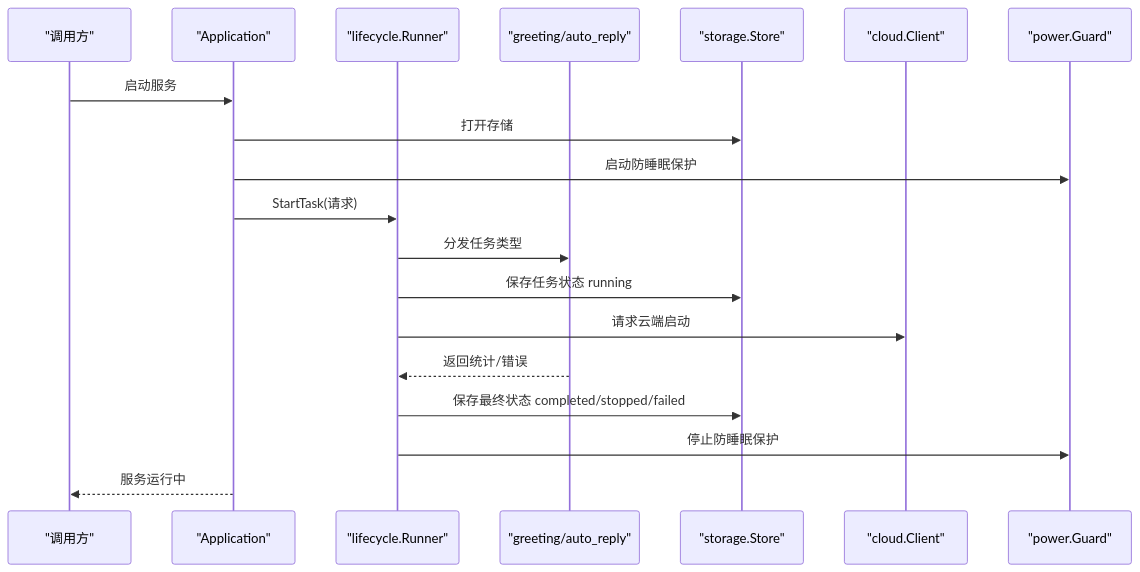
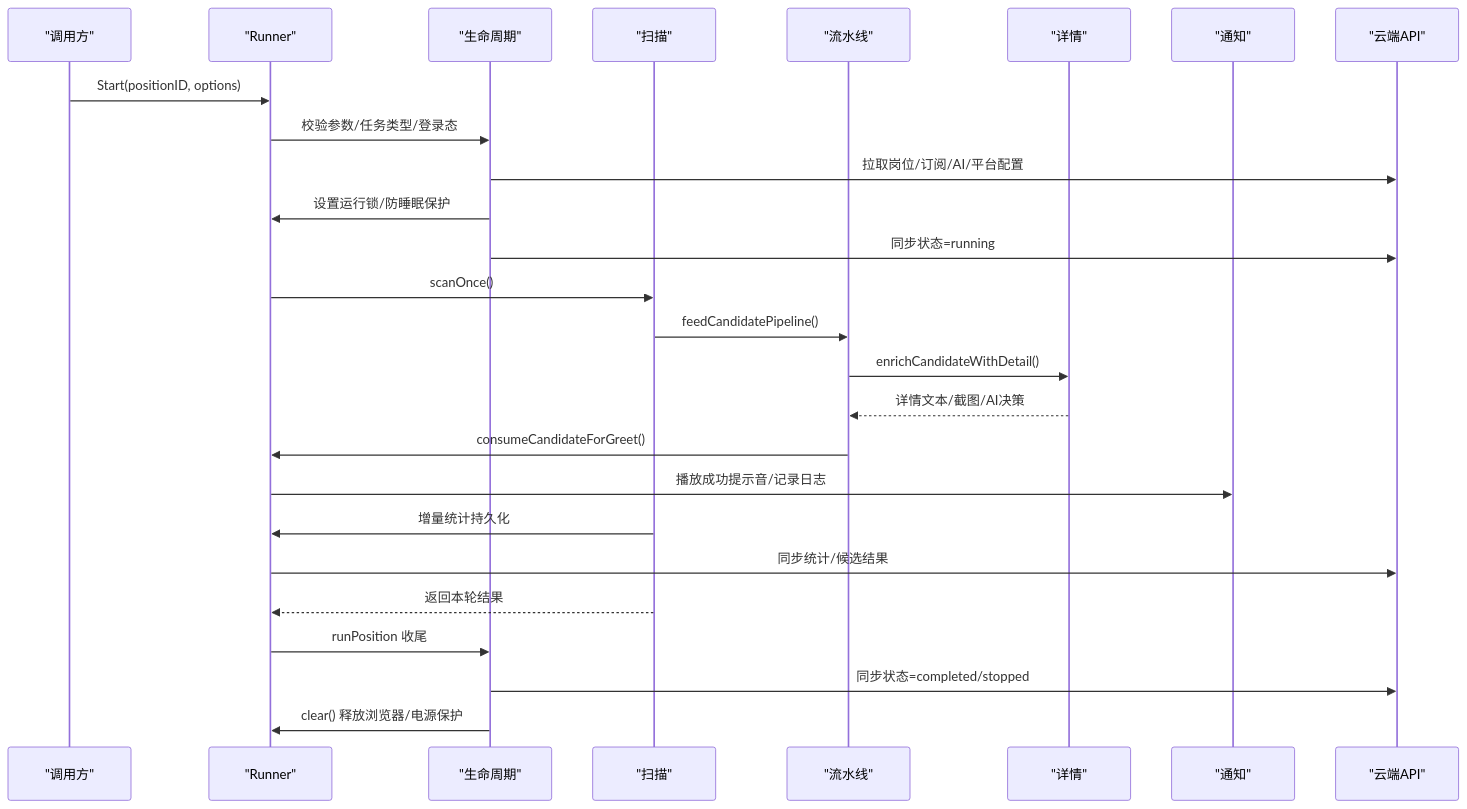
One commit to alvinwangzi/goodhr changed the second of 9 diagrams in .qoder/repowiki/zh/content/本地执行器/任务调度/生命周期管理.md. Above: the diagram before and after it, drawn with Mermaid. The commit also changed other lines of this file and 149 other files, not shown here.

````diff
--- a/.qoder/repowiki/zh/content/本地执行器/任务调度/生命周期管理.md
+++ b/.qoder/repowiki/zh/content/本地执行器/任务调度/生命周期管理.md
@@ -87,21 +96,28 @@
 ```mermaid
 sequenceDiagram
-participant Client as "调用方"
-participant App as "Application"
-participant LRunner as "lifecycle.Runner"
-participant Flow as "greeting/auto_reply"
-participant Store as "storage.Store"
-participant Cloud as "cloud.Client"
-participant Power as "power.Guard"
-Client->>App : 启动服务
-App->>Store : 打开存储
-App->>Power : 启动防睡眠保护
-App->>LRunner : StartTask(请求)
-LRunner->>Flow : 分发任务类型
-LRunner->>Store : 保存任务状态 running
-LRunner->>Cloud : 请求云端启动
-Flow-->>LRunner : 返回统计/错误
-LRunner->>Store : 保存最终状态 completed/stopped/failed
-LRunner->>Power : 停止防睡眠保护
-App-->>Client : 服务运行中
+participant U as "调用方"
+participant R as "Runner"
+participant L as "生命周期"
+participant S as "扫描"
+participant P as "流水线"
+participant D as "详情"
+participant N as "通知"
+participant C as "云端API"
+U->>R : Start(positionID, options)
+R->>L : 校验参数/任务类型/登录态
+L->>C : 拉取岗位/订阅/AI/平台配置
+L->>R : 设置运行锁/防睡眠保护
+L->>C : 同步状态=running
+R->>S : scanOnce()
+S->>P : feedCandidatePipeline()
+P->>D : enrichCandidateWithDetail()
+D-->>P : 详情文本/截图/AI决策
+P->>R : consumeCandidateForGreet()
+R->>N : 播放成功提示音/记录日志
+S->>R : 增量统计持久化
+R->>C : 同步统计/候选结果
+S-->>R : 返回本轮结果
+R->>L : runPosition 收尾
+L->>C : 同步状态=completed/stopped
+L->>R : clear() 释放浏览器/电源保护
 ```
````
